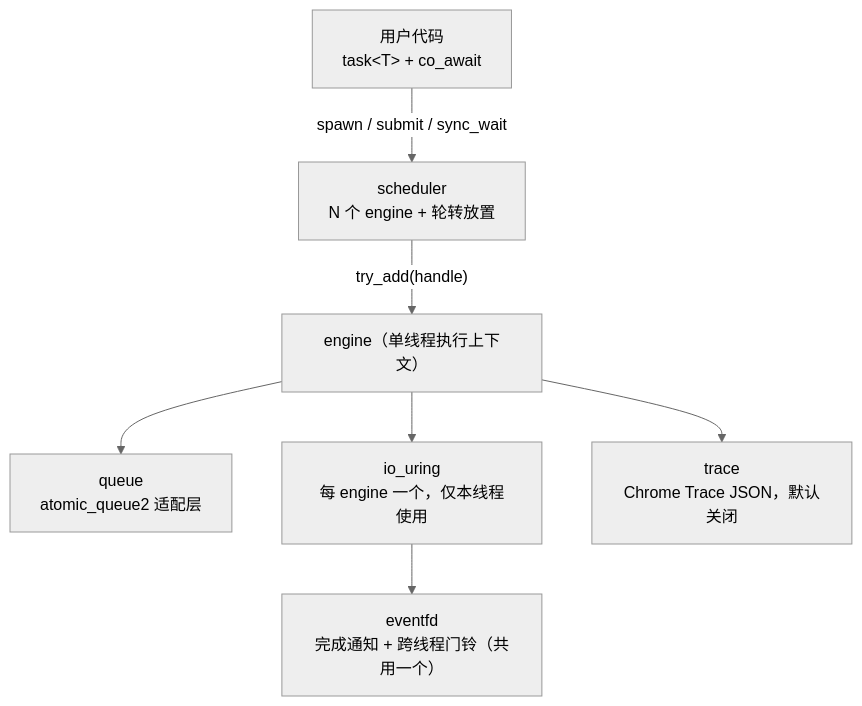
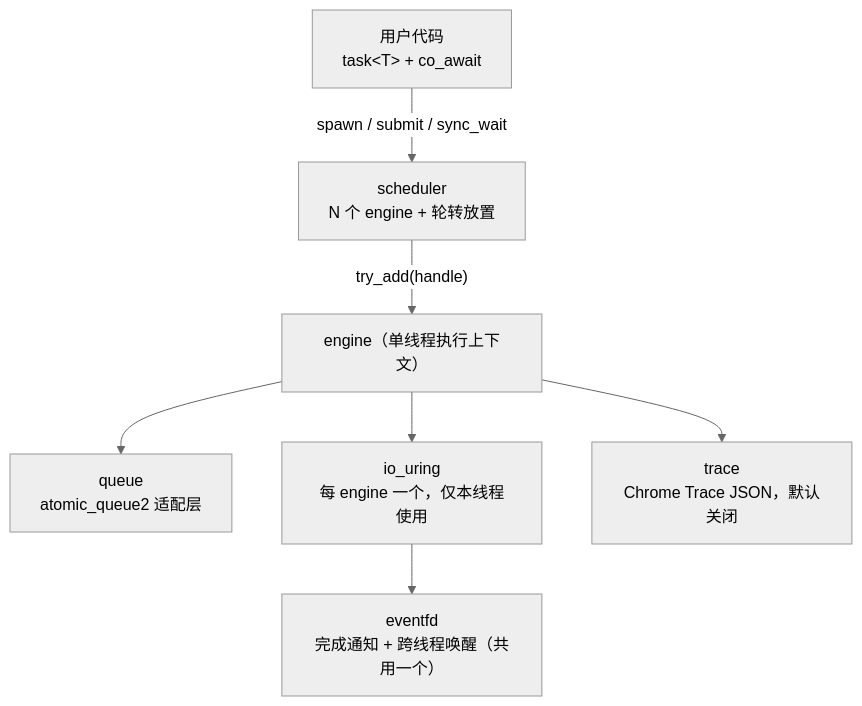
Before and after one commit to Fux-i/llco: the diagram in docs/architecture.md, drawn with Mermaid (neutral theme). The commit also changed other lines of this file and 10 other files, not shown here.

````diff
--- a/docs/architecture.md
+++ b/docs/architecture.md
@@ -24,9 +24,9 @@
 ```mermaid
 flowchart TB
   U["用户代码<br/>task&lt;T&gt; + co_await"] -->|"spawn / submit / sync_wait"| S["scheduler<br/>N 个 engine + 轮转放置"]
   S -->|"try_add(handle)"| E["engine（单线程执行上下文）"]
   E --> Q["queue<br/>atomic_queue2 适配层"]
   E --> R["io_uring<br/>每 engine 一个，仅本线程使用"]
-  R --> F["eventfd<br/>完成通知 + 跨线程门铃（共用一个）"]
+  R --> F["eventfd<br/>完成通知 + 跨线程唤醒（共用一个）"]
   E --> T["trace<br/>Chrome Trace JSON，默认关闭"]
 ```
````
